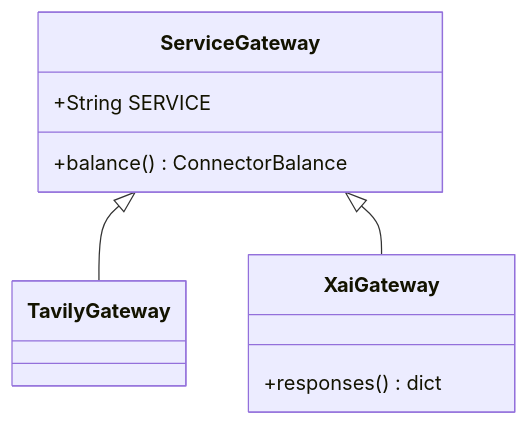
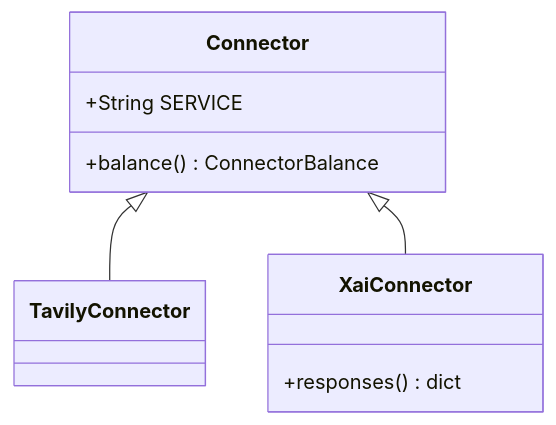
The second of 7 diagrams in src/modules/research/skills/mermaid/sections/class.md (TurkovBogdan/urb-research), drawn with Mermaid before and after one commit. The commit also changed 692 other files, not shown here.

````diff
--- a/src/modules/research/skills/mermaid/sections/class.md
+++ b/src/modules/research/skills/mermaid/sections/class.md
@@ -24,8 +24,8 @@
 ```mermaid
 classDiagram
-  ServiceGateway <|-- TavilyGateway
-  ServiceGateway <|-- XaiGateway
-  ServiceGateway: +String SERVICE
-  ServiceGateway: +balance() ConnectorBalance
-  XaiGateway: +responses() dict
+  Connector <|-- TavilyConnector
+  Connector <|-- XaiConnector
+  Connector: +String SERVICE
+  Connector: +balance() ConnectorBalance
+  XaiConnector: +responses() dict
 ```
````
